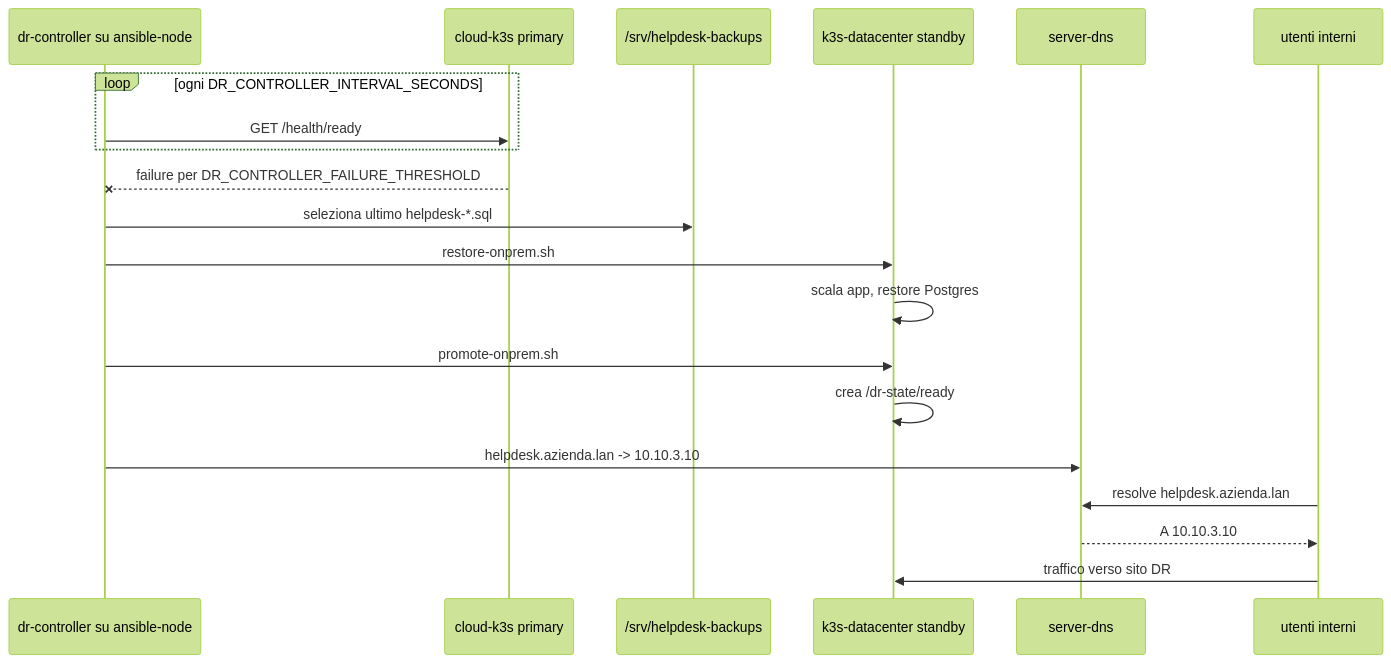
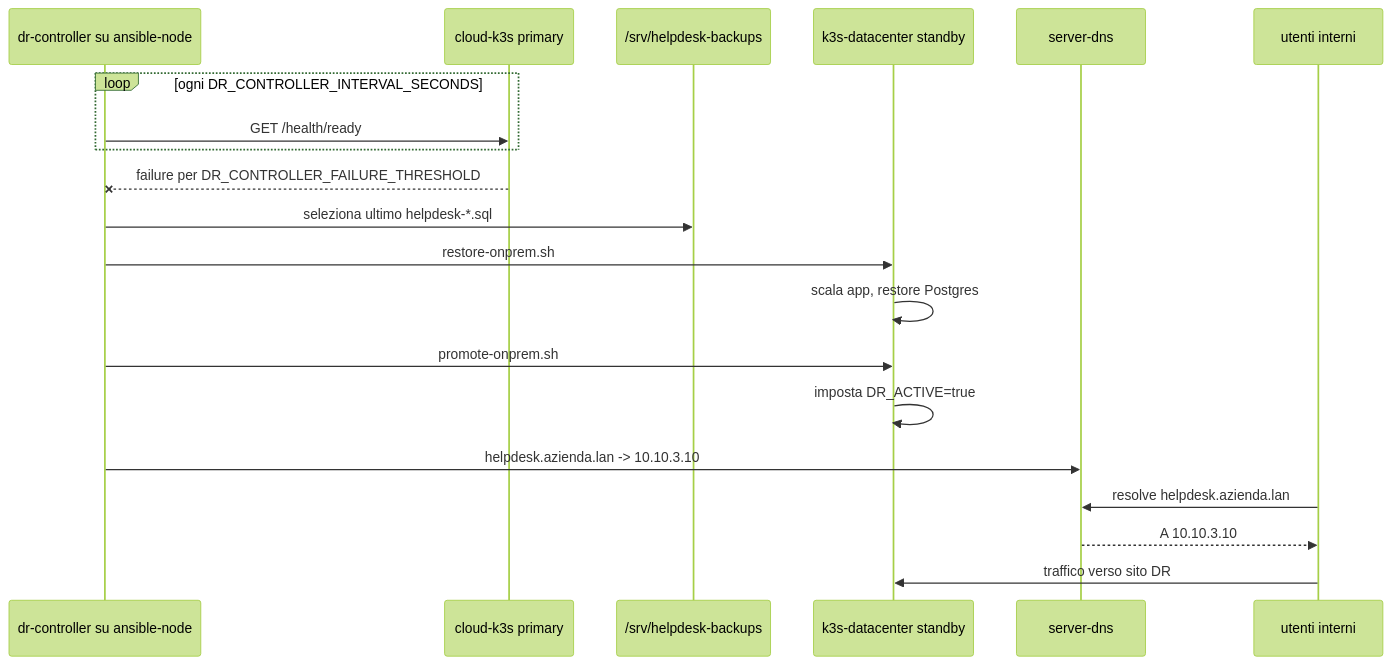
Before and after one commit to LucaCatalano23/MultiCloud-strategy---Reverse-DR: the fourth of 4 diagrams in automazione/topologia-progetto.md, drawn with Mermaid (forest theme). The commit also changed other lines of this file and 47 other files, not shown here.

````diff
--- a/automazione/topologia-progetto.md
+++ b/automazione/topologia-progetto.md
@@ -160,24 +162,24 @@
 ```mermaid
 sequenceDiagram
   participant Controller as dr-controller su ansible-node
   participant Cloud as cloud-k3s primary
   participant Backup as /srv/helpdesk-backups
   participant OnPrem as k3s-datacenter standby
   participant DNS as server-dns
   participant Client as utenti interni
 
   loop ogni DR_CONTROLLER_INTERVAL_SECONDS
     Controller->>Cloud: GET /health/ready
   end
 
   Cloud--xController: failure per DR_CONTROLLER_FAILURE_THRESHOLD
   Controller->>Backup: seleziona ultimo helpdesk-*.sql
   Controller->>OnPrem: restore-onprem.sh
   OnPrem->>OnPrem: scala app, restore Postgres
   Controller->>OnPrem: promote-onprem.sh
-  OnPrem->>OnPrem: crea /dr-state/ready
+  OnPrem->>OnPrem: imposta DR_ACTIVE=true
   Controller->>DNS: helpdesk.azienda.lan -> 10.10.3.10
   Client->>DNS: resolve helpdesk.azienda.lan
   DNS-->>Client: A 10.10.3.10
   Client->>OnPrem: traffico verso sito DR
 ```
````
